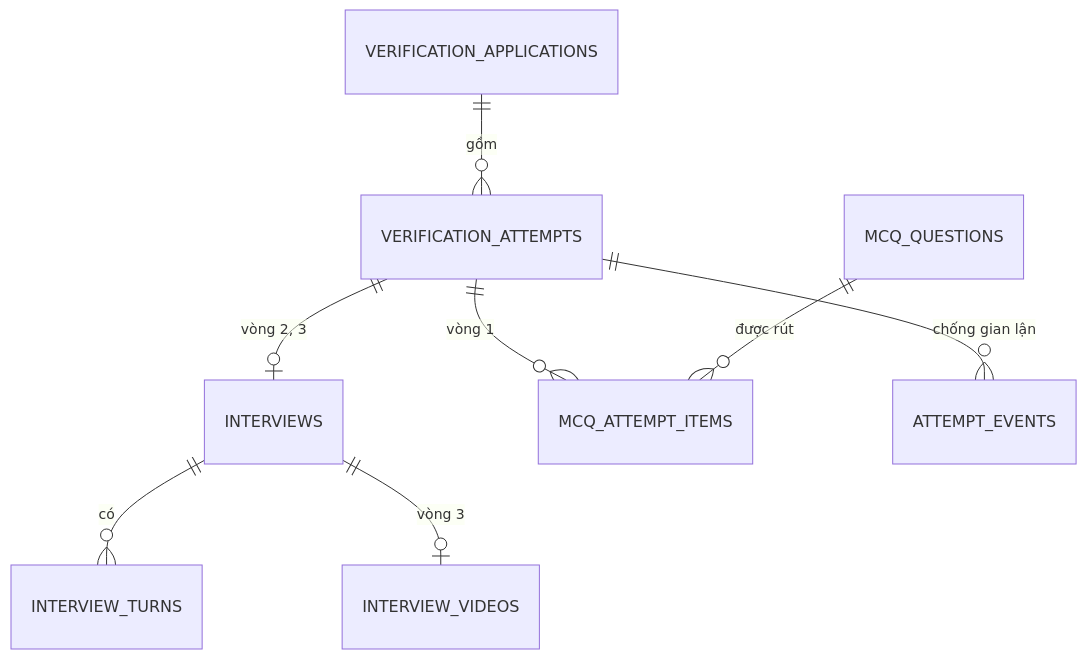
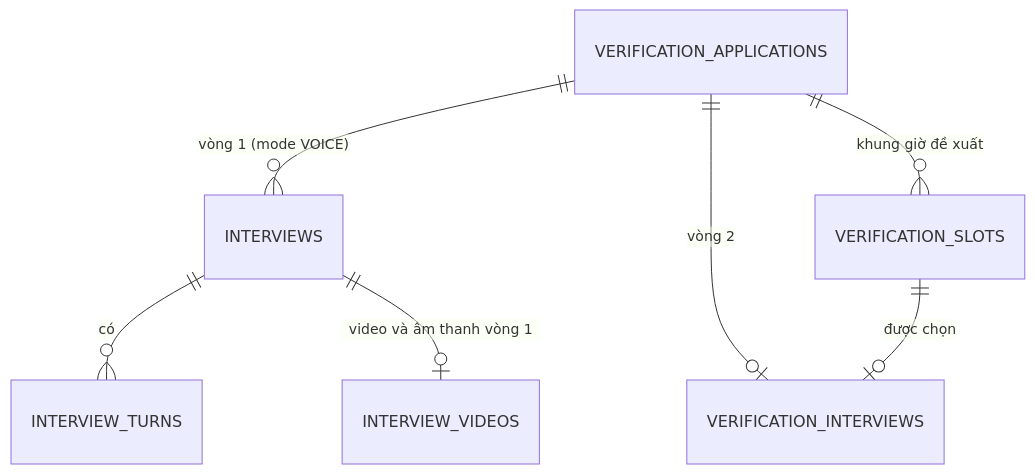
The third of 3 diagrams in docs/design-mentor-verification.md (quangpham10212004/do_an_2026), drawn with Mermaid before and after one commit. The commit also changed other lines of this file and 1 other file, not shown here.

First line of the commit message:
docs(interview): chốt thiết kế xác thực mentor 2 vòng

````diff
--- a/docs/design-mentor-verification.md
+++ b/docs/design-mentor-verification.md
@@ -240,10 +320,9 @@
 ```mermaid
 erDiagram
-    VERIFICATION_APPLICATIONS ||--o{ VERIFICATION_ATTEMPTS : "gồm"
-    VERIFICATION_ATTEMPTS ||--o| INTERVIEWS : "vòng 2, 3"
-    VERIFICATION_ATTEMPTS ||--o{ MCQ_ATTEMPT_ITEMS : "vòng 1"
-    VERIFICATION_ATTEMPTS ||--o{ ATTEMPT_EVENTS : "chống gian lận"
+    VERIFICATION_APPLICATIONS ||--o{ INTERVIEWS : "vòng 1 (mode VOICE)"
+    VERIFICATION_APPLICATIONS ||--o{ VERIFICATION_SLOTS : "khung giờ đề xuất"
+    VERIFICATION_APPLICATIONS ||--o| VERIFICATION_INTERVIEWS : "vòng 2"
     INTERVIEWS ||--o{ INTERVIEW_TURNS : "có"
-    INTERVIEWS ||--o| INTERVIEW_VIDEOS : "vòng 3"
-    MCQ_QUESTIONS ||--o{ MCQ_ATTEMPT_ITEMS : "được rút"
+    INTERVIEWS ||--o| INTERVIEW_VIDEOS : "video và âm thanh vòng 1"
+    VERIFICATION_SLOTS ||--o| VERIFICATION_INTERVIEWS : "được chọn"
 ```
````
